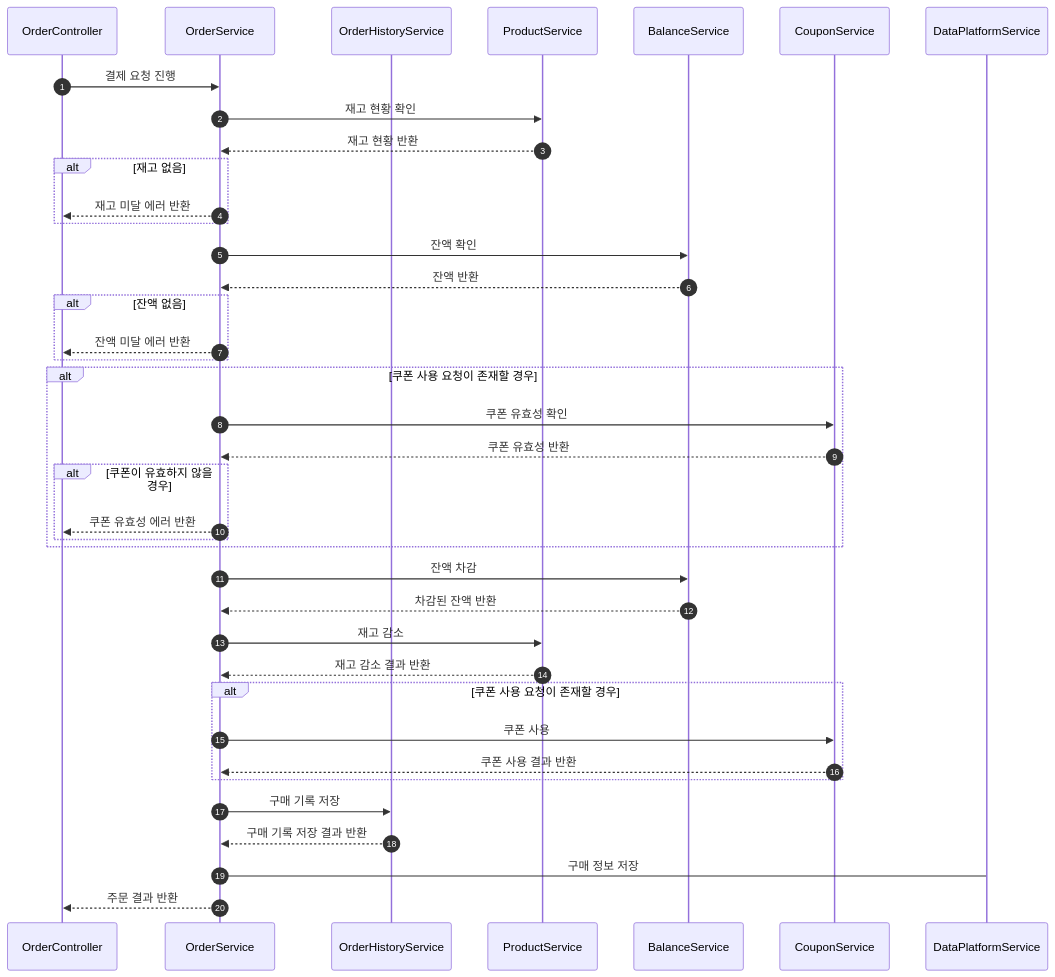
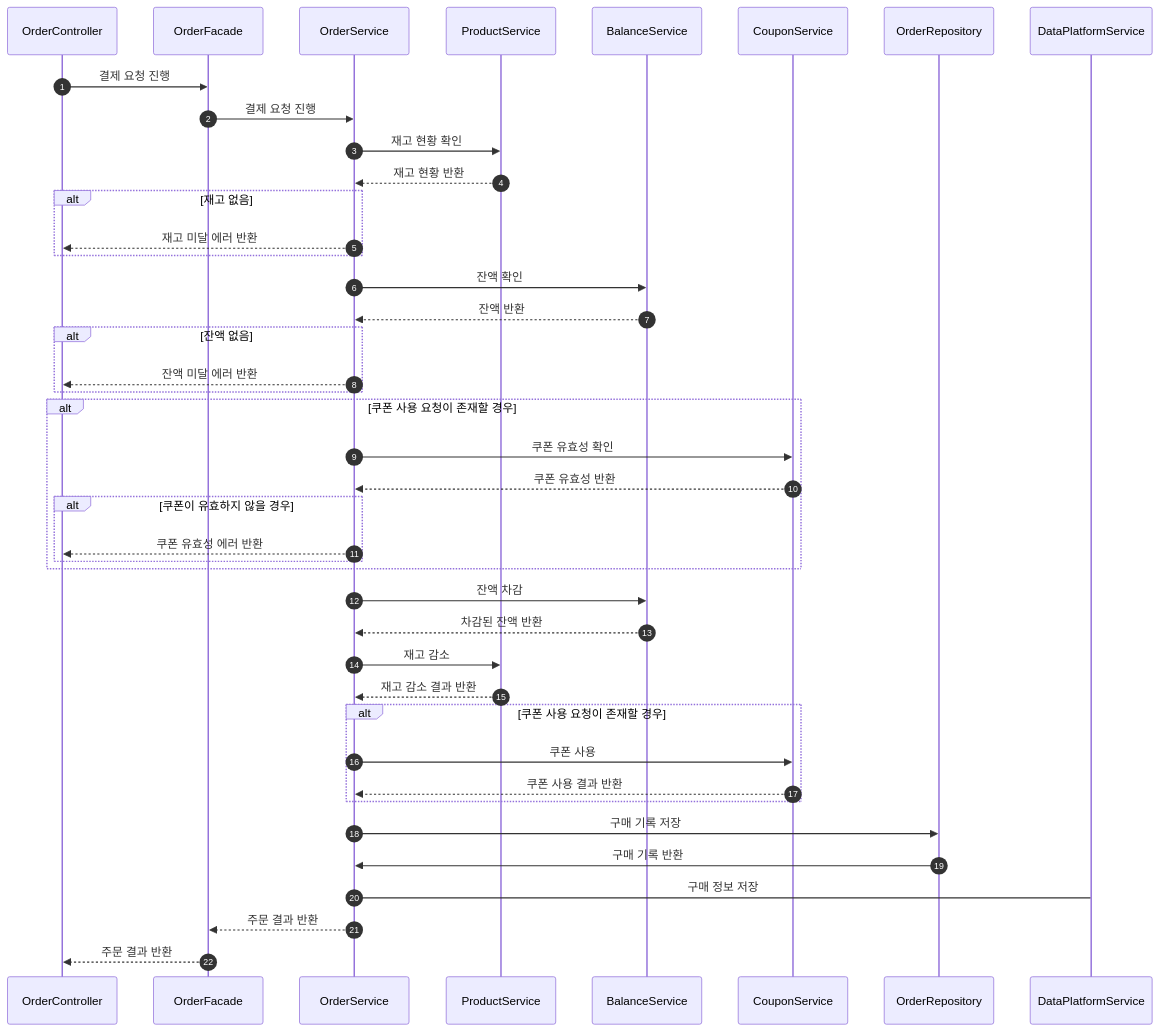
One commit to tre2man/hhplus-commerce changed the fourth of 7 diagrams in docs/sequence/시퀀스_다이어그램.md. Above: the diagram before and after it, drawn with Mermaid. The commit also changed other lines of this file, not shown here.

Commit message:
document: 유저 조회하는 플로우 삭제

````diff
--- a/docs/sequence/시퀀스_다이어그램.md
+++ b/docs/sequence/시퀀스_다이어그램.md
@@ -75,43 +78,45 @@
 ```mermaid
 sequenceDiagram
     autonumber
     participant OrderController
+    participant OrderFacade
     participant OrderService
-    participant OrderHistoryService
     participant ProductService
     participant BalanceService
     participant CouponService
-    participant OrderService
+    participant OrderRepository
     participant DataPlatformService
 
-    OrderController->>OrderService: 결제 요청 진행
+    OrderController->>OrderFacade: 결제 요청 진행
+    OrderFacade->>OrderService: 결제 요청 진행
     OrderService->>ProductService: 재고 현황 확인
     ProductService-->>OrderService: 재고 현황 반환
     alt 재고 없음
         OrderService-->>OrderController: 재고 미달 에러 반환
     end
     OrderService->>BalanceService: 잔액 확인
     BalanceService-->>OrderService: 잔액 반환
     alt 잔액 없음
         OrderService-->>OrderController: 잔액 미달 에러 반환
     end
     alt 쿠폰 사용 요청이 존재할 경우
         OrderService->>CouponService: 쿠폰 유효성 확인
         CouponService-->>OrderService: 쿠폰 유효성 반환
         alt 쿠폰이 유효하지 않을 경우
             OrderService-->>OrderController: 쿠폰 유효성 에러 반환
         end
     end
     OrderService->>BalanceService: 잔액 차감
     BalanceService-->>OrderService: 차감된 잔액 반환
     OrderService->>ProductService: 재고 감소
     ProductService-->>OrderService: 재고 감소 결과 반환
     alt 쿠폰 사용 요청이 존재할 경우
         OrderService->>CouponService: 쿠폰 사용
         CouponService-->>OrderService: 쿠폰 사용 결과 반환
     end
-    OrderService->>OrderHistoryService: 구매 기록 저장
-    OrderHistoryService-->>OrderService: 구매 기록 저장 결과 반환
+    OrderService->>OrderRepository: 구매 기록 저장
+    OrderRepository->>OrderService: 구매 기록 반환
     OrderService->DataPlatformService: 구매 정보 저장
-    OrderService-->>OrderController: 주문 결과 반환
+    OrderService-->>OrderFacade: 주문 결과 반환
+    OrderFacade-->>OrderController: 주문 결과 반환
 ```
````
